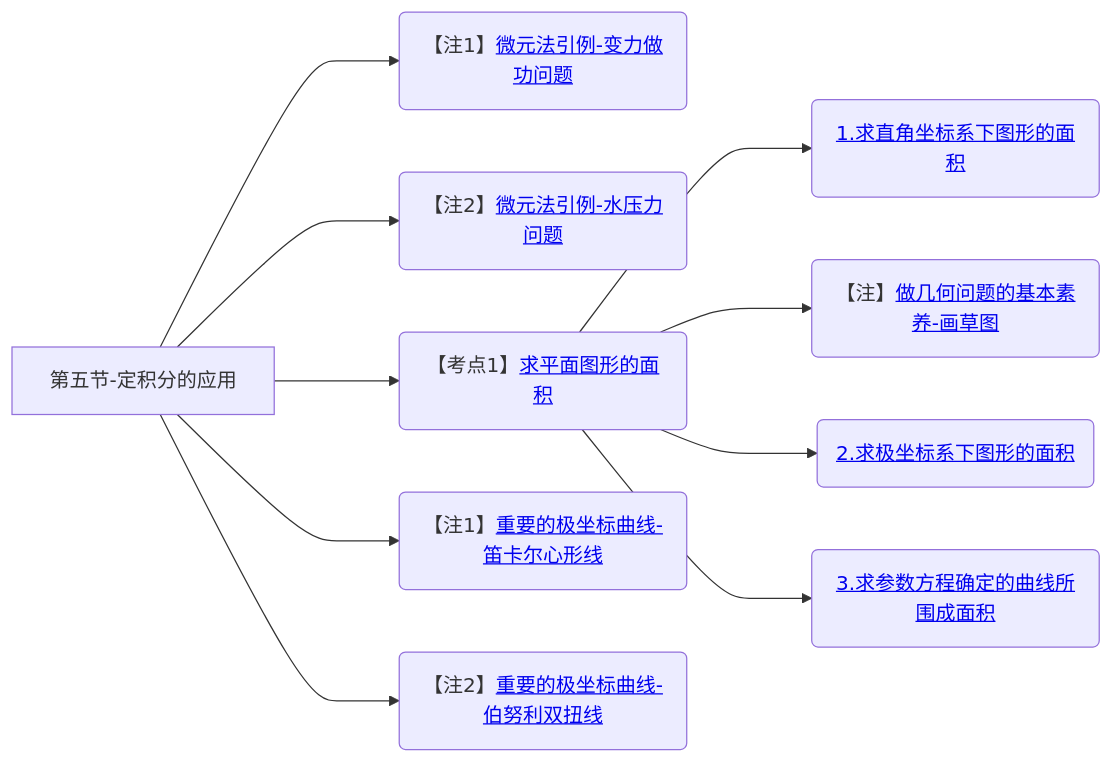
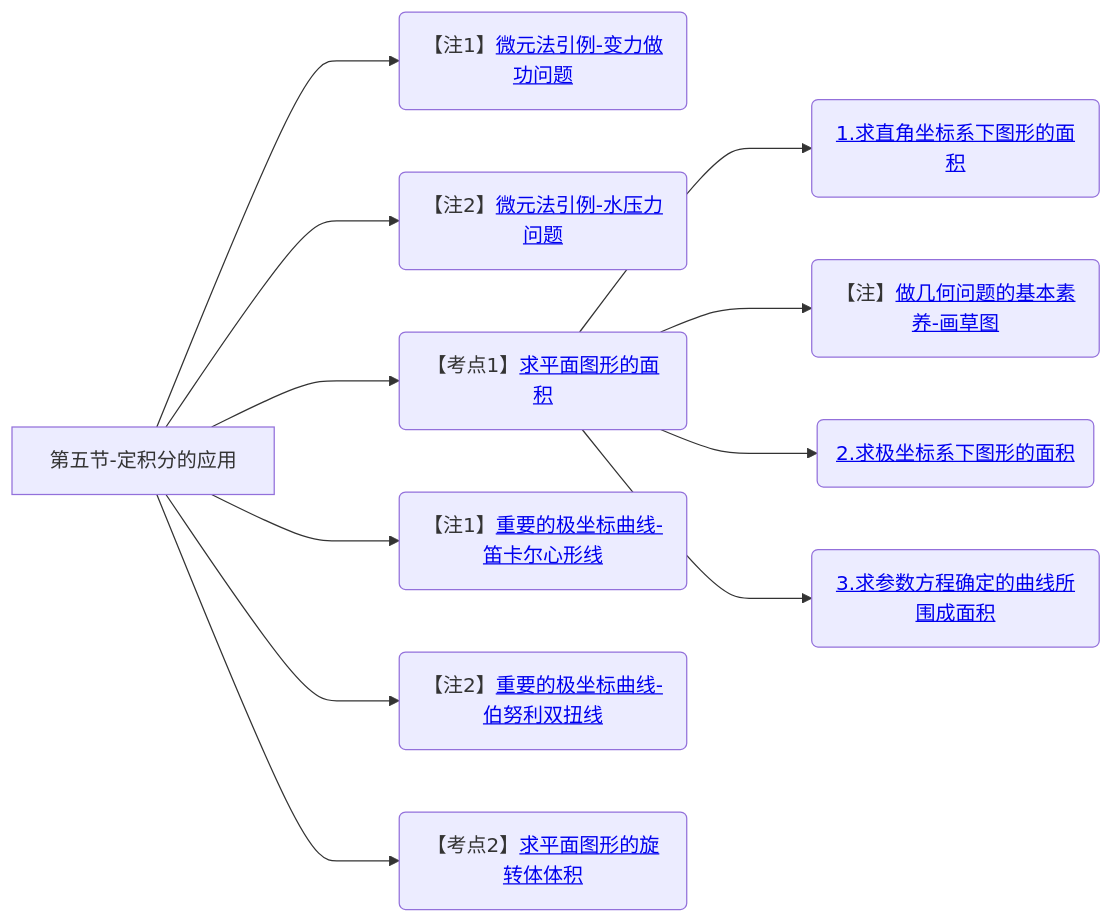
Diagram 23 of 23 in 笔记/数学/周洋鑫/01.基础班思维导图.md (yuebinghui/note), drawn with Mermaid before and after one commit. The commit also changed 4 other files, not shown here.

````diff
--- a/笔记/数学/周洋鑫/01.基础班思维导图.md
+++ b/笔记/数学/周洋鑫/01.基础班思维导图.md
@@ -811,16 +811,18 @@
 ```mermaid
 graph LR
 第五节-定积分的应用
 
 第五节-定积分的应用--->微元法引例-变力做功问题(【注1】<a href="/Users/yuebinghui/Documents/program/github/note/笔记/数学/周洋鑫/基础班/26.微分方程_1.md#微元法引例-变力做功问题">微元法引例-变力做功问题</>)
 第五节-定积分的应用--->微元法引例-水压力问题(【注2】<a href="/Users/yuebinghui/Documents/program/github/note/笔记/数学/周洋鑫/基础班/26.微分方程_1.md#微元法引例-水压力问题">微元法引例-水压力问题</>)
 第五节-定积分的应用--->求平面图形的面积(【考点1】<a href="/Users/yuebinghui/Documents/program/github/note/笔记/数学/周洋鑫/基础班/26.微分方程_1.md#求平面图形的面积">求平面图形的面积</>)
 求平面图形的面积--->1.求直角坐标系下图形的面积(<a href="/Users/yuebinghui/Documents/program/github/note/笔记/数学/周洋鑫/基础班/26.微分方程_1.md#1.求直角坐标系下图形的面积">1.求直角坐标系下图形的面积</>)
 求平面图形的面积--->做几何问题的基本素养-画草图(【注】<a href="/Users/yuebinghui/Documents/program/github/note/笔记/数学/周洋鑫/基础班/26.微分方程_1.md#做几何问题的基本素养-画草图">做几何问题的基本素养-画草图</>)
 求平面图形的面积--->求极坐标系下图形的面积(<a href="/Users/yuebinghui/Documents/program/github/note/笔记/数学/周洋鑫/基础班/26.微分方程_1.md#求极坐标系下图形的面积">2.求极坐标系下图形的面积</>)
 
 第五节-定积分的应用--->重要的极坐标曲线-笛卡尔心形线(【注1】<a href="/Users/yuebinghui/Documents/program/github/note/笔记/数学/周洋鑫/基础班/26.微分方程_1.md#重要的极坐标曲线-笛卡尔心形线">重要的极坐标曲线-笛卡尔心形线</>)
 第五节-定积分的应用--->重要的极坐标曲线-伯努利双扭线(【注2】<a href="/Users/yuebinghui/Documents/program/github/note/笔记/数学/周洋鑫/基础班/26.微分方程_1.md#重要的极坐标曲线-伯努利双扭线">重要的极坐标曲线-伯努利双扭线</>)
 
 求平面图形的面积--->3.求参数方程确定的曲线所围成面积(<a href="/Users/yuebinghui/Documents/program/github/note/笔记/数学/周洋鑫/基础班/26.微分方程_1.md#3.求参数方程确定的曲线所围成面积">3.求参数方程确定的曲线所围成面积</>)
+
+第五节-定积分的应用--->求平面图形的旋转体体积(【考点2】<a href="/Users/yuebinghui/Documents/program/github/note/笔记/数学/周洋鑫/基础班/26.微分方程_1.md#求平面图形的旋转体体积">求平面图形的旋转体体积</>)
 ```
````
